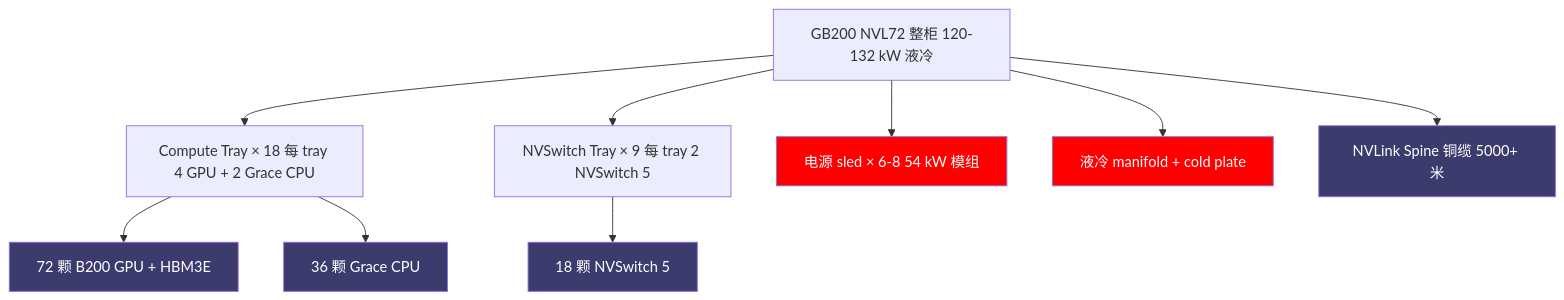
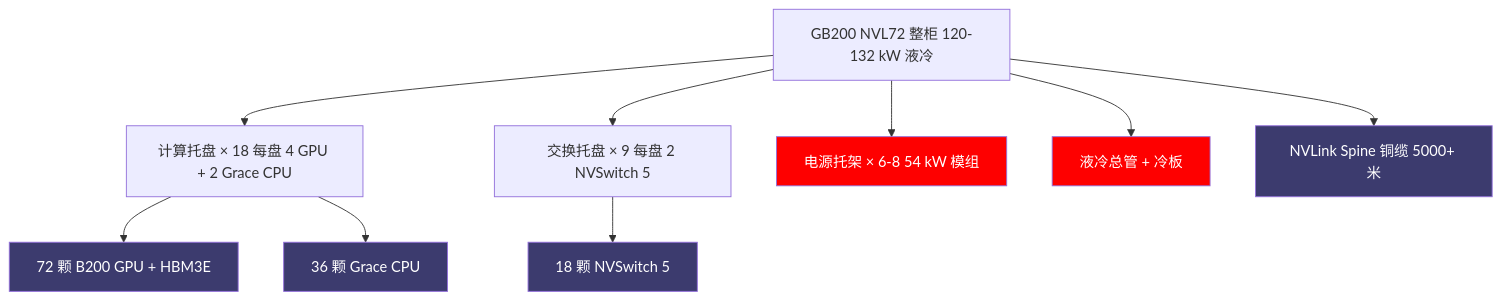
The first of 7 diagrams in book/09-server-rack/README.md (diguike/book-compute-economics), drawn with Mermaid before and after one commit. The commit also changed other lines of this file and 1 other file, not shown here.

Commit message:
book/07-09: 硬件英文术语中文化 — reference rack→整柜参考设计、compute/switch tray→计算/交换托盘、manifold→液冷总管、cold plate→冷板、sled→电源托架、baseboard→底板、NVLink domain→互连域、superchip→超级芯片、Tier 2→二线云厂（首现保留英文括注，产品专名不译）；修复 SMCI/超微电脑重复、台积电叠字、telecom 2.0 笔误；飞书两章已同步并回填 last_synced

````diff
--- a/book/09-server-rack/README.md
+++ b/book/09-server-rack/README.md
@@ -34,16 +34,16 @@
 ```mermaid
 graph TD
     Rack[GB200 NVL72 整柜 120-132 kW 液冷]
-    Rack --> CT[Compute Tray × 18 每 tray 4 GPU + 2 Grace CPU]
-    Rack --> ST[NVSwitch Tray × 9 每 tray 2 NVSwitch 5]
-    Rack --> PS[电源 sled × 6-8 54 kW 模组]
-    Rack --> LC[液冷 manifold + cold plate]
+    Rack --> CT[计算托盘 × 18 每盘 4 GPU + 2 Grace CPU]
+    Rack --> ST[交换托盘 × 9 每盘 2 NVSwitch 5]
+    Rack --> PS[电源托架 × 6-8 54 kW 模组]
+    Rack --> LC[液冷总管 + 冷板]
     Rack --> CB[NVLink Spine 铜缆 5000+ 米]
     CT --> GPU[72 颗 B200 GPU + HBM3E]
     CT --> CPU[36 颗 Grace CPU]
     ST --> NVSW[18 颗 NVSwitch 5]
     classDef nv fill:#3C3B6E,color:#fff
     classDef tw fill:#FE0000,color:#fff
     class GPU,CPU,NVSW,CB nv
     class LC,PS tw
 ```
````
